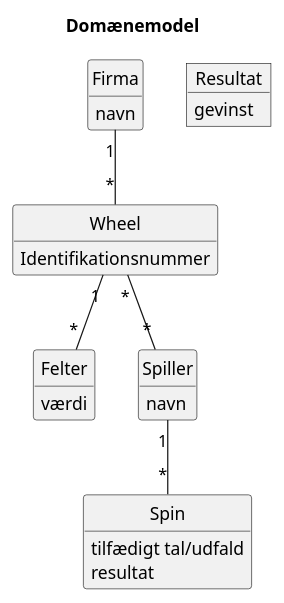
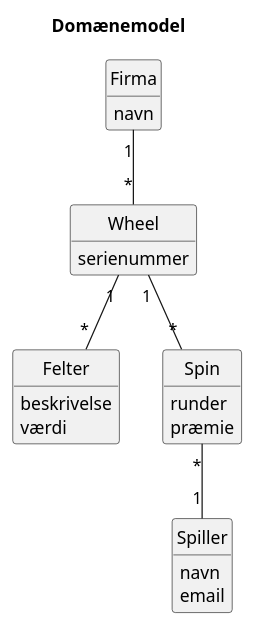
The diagram in Dokumentation/Domænemodel/Domain_Model_Meew.puml (ariktwena/Meew), drawn with PlantUML before and after one commit. The commit also changed 15 other files, not shown here.

Commit message:
Repport, diagram and Spin data

```diff
--- a/Dokumentation/Domænemodel/Domain_Model_Meew.puml
+++ b/Dokumentation/Domænemodel/Domain_Model_Meew.puml
@@ -1,41 +1,39 @@
 @startuml
 Title Domænemodel
 
 hide circle
 hide methods
 
 class Wheel {
-    Identifikationsnummer
+    serienummer
 }
 
 class Felter {
+    beskrivelse
     værdi
 }
 
 class Spin {
-    tilfædigt tal/udfald
-    resultat
-}
-
-object Resultat {
-    gevinst
+    runder
+    præmie
 }
 
 class Spiller {
     navn
+    email
 }
 
 class Firma {
     navn
 }
 
 
 
 Firma "1" -- "*" Wheel
 Wheel "1" -- "*" Felter
-Wheel "*" -- "*" Spiller
-Spiller "1" -- "*" Spin
+Wheel "1" -- "*" Spin
+Spin "*" -- "1" Spiller
 
 
 
 @enduml
```
